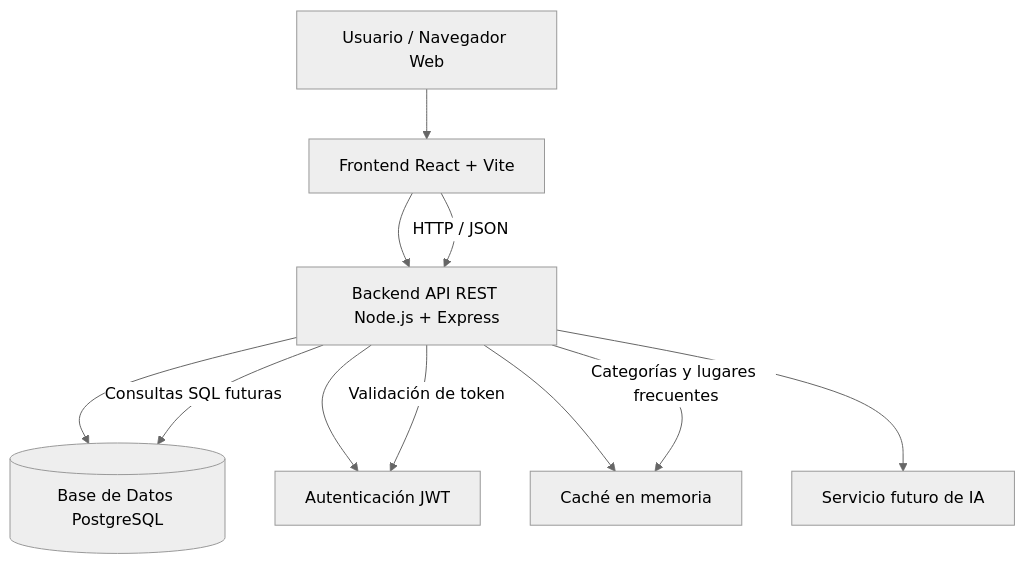
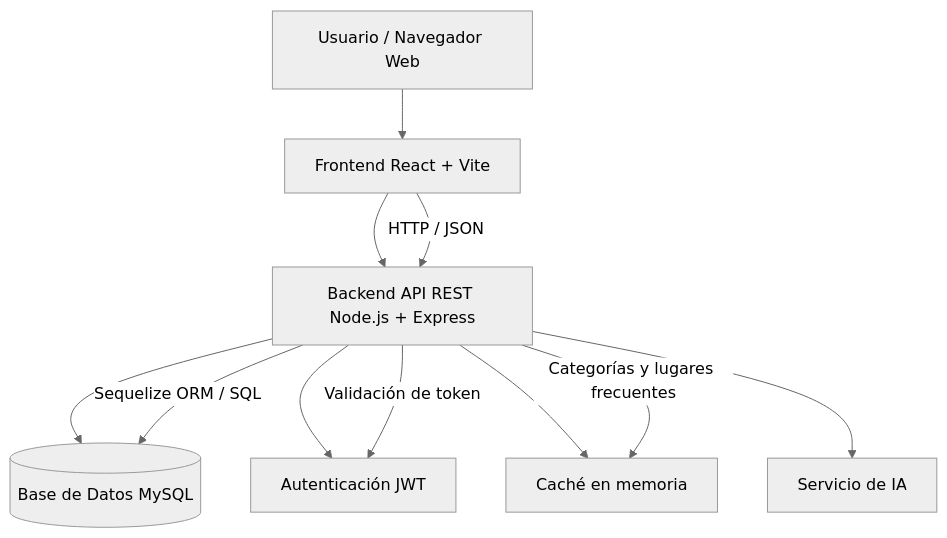
Before and after one commit to llopez594/TurismoVE: the diagram in docs/arquitectura.md, drawn with Mermaid (neutral theme). The commit also changed other lines of this file and 11 other files, not shown here.

````diff
--- a/docs/arquitectura.md
+++ b/docs/arquitectura.md
@@ -21,14 +21,14 @@
 ```mermaid
 flowchart TD
     A[Usuario / Navegador Web] --> B[Frontend React + Vite]
     B --> C[Backend API REST Node.js + Express]
-    C --> D[(Base de Datos PostgreSQL)]
+    C --> D[(Base de Datos MySQL)]
     C --> E[Autenticación JWT]
     C --> F[Caché en memoria]
-    C --> G[Servicio futuro de IA]
+    C --> G[Servicio de IA]
 
     B -->|HTTP / JSON| C
-    C -->|Consultas SQL futuras| D
+    C -->|Sequelize ORM / SQL| D
     C -->|Validación de token| E
     C -->|Categorías y lugares frecuentes| F
 ```
````
